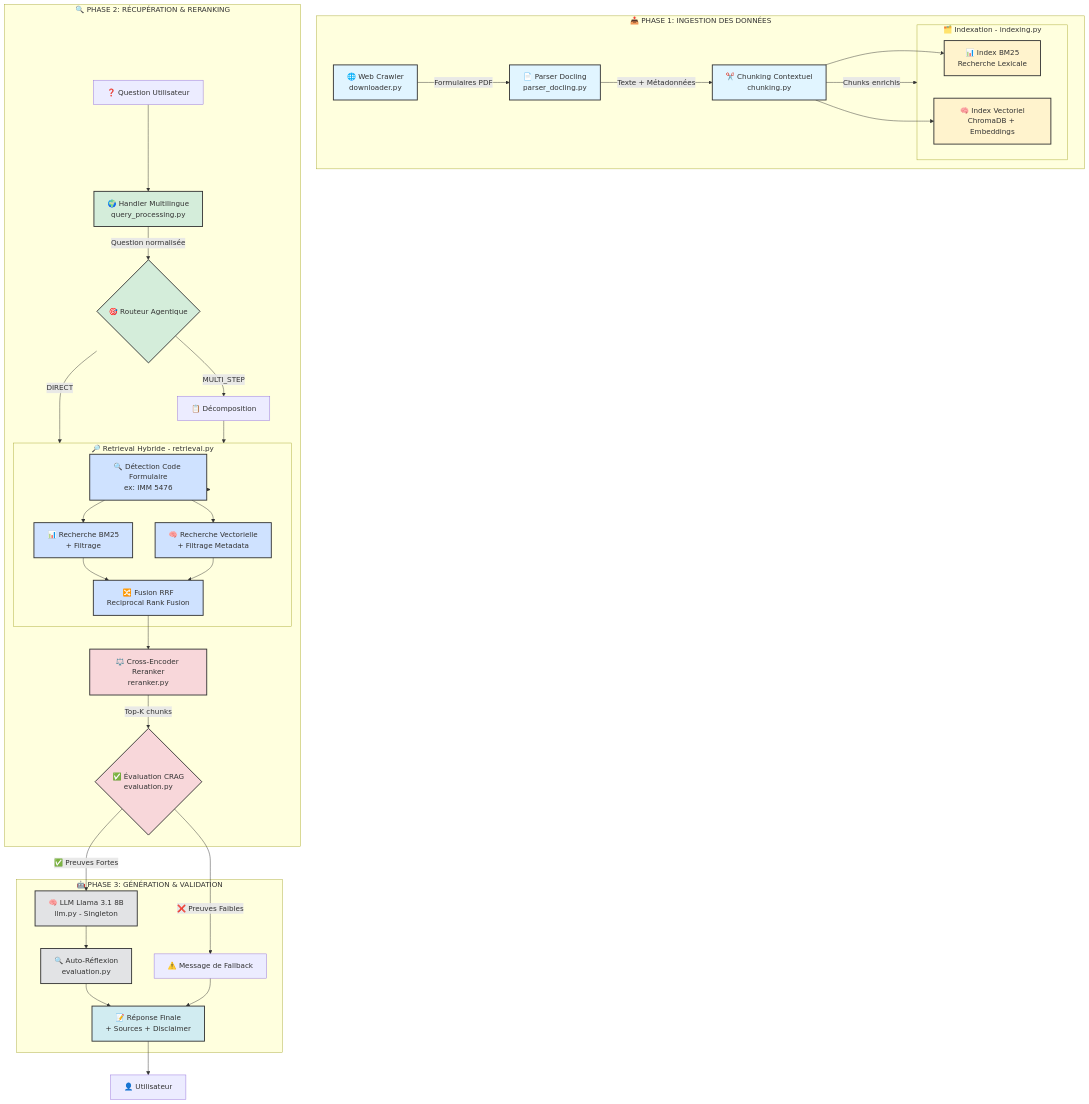
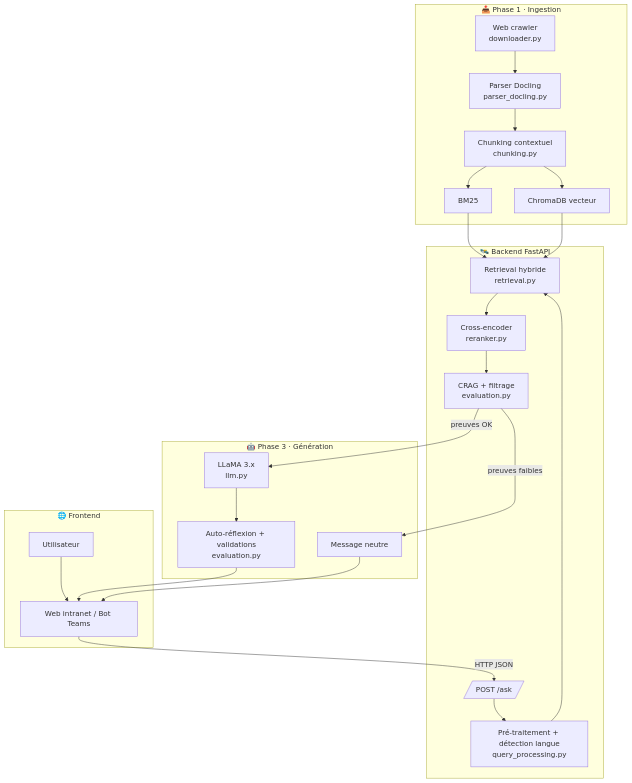
The diagram in README.md (abdelmajidlra/rag-formulaire), drawn with Mermaid before and after one commit. The commit also changed other lines of this file and 2 other files, not shown here.

Commit message:
Document LLaMA architecture and operations

````diff
--- a/README.md
+++ b/README.md
@@ -91,74 +91,31 @@
 ```mermaid
-graph TB
-    subgraph "📥 PHASE 1: INGESTION DES DONNÉES"
-        A[🌐 Web Crawler<br/>downloader.py] -->|Formulaires PDF| B[📄 Parser Docling<br/>parser_docling.py]
-        B -->|Texte + Métadonnées| C[✂️ Chunking Contextuel<br/>chunking.py]
-        C -->|Chunks enrichis| D[🗂️ Indexation]
-        
-        subgraph D[🗂️ Indexation - indexing.py]
-            D1[📊 Index BM25<br/>Recherche Lexicale]
-            D2[🧠 Index Vectoriel<br/>ChromaDB + Embeddings]
-        end
-        
-        C --> D1
-        C --> D2
+flowchart TD
+    subgraph Ingestion[📥 Phase 1 · Ingestion]
+        DL[Web crawler<br/>downloader.py] --> PD[Parser Docling<br/>parser_docling.py]
+        PD --> CH[Chunking contextuel<br/>chunking.py]
+        CH --> BM[BM25]
+        CH --> VE[ChromaDB vecteur]
     end
-    
-    subgraph "🔍 PHASE 2: RÉCUPÉRATION & RERANKING"
-        E[❓ Question Utilisateur] --> F[🌍 Handler Multilingue<br/>query_processing.py]
-        F -->|Question normalisée| G{🎯 Routeur Agentique}
-        
-        G -->|DIRECT| H[🔎 Retrieval Hybride]
-        G -->|MULTI_STEP| I[📋 Décomposition]
-        I --> H
-        
-        subgraph H[🔎 Retrieval Hybride - retrieval.py]
-            H1[🔍 Détection Code Formulaire<br/>ex: IMM 5476]
-            H2[📊 Recherche BM25<br/>+ Filtrage]
-            H3[🧠 Recherche Vectorielle<br/>+ Filtrage Metadata]
-            H4[🔀 Fusion RRF<br/>Reciprocal Rank Fusion]
-        end
-        
-        H --> H1
-        H1 --> H2
-        H1 --> H3
-        H2 --> H4
-        H3 --> H4
-        
-        H4 --> J[⚖️ Cross-Encoder Reranker<br/>reranker.py]
-        J -->|Top-K chunks| K{✅ Évaluation CRAG<br/>evaluation.py}
+
+    subgraph Front[🌐 Frontend]
+        User[Utilisateur] --> Portal[Web intranet / Bot Teams]
     end
-    
-    subgraph "🤖 PHASE 3: GÉNÉRATION & VALIDATION"
-        K -->|✅ Preuves Fortes| L[🧠 LLM Llama 3.1 8B<br/>llm.py - Singleton]
-        K -->|❌ Preuves Faibles| M[⚠️ Message de Fallback]
-        
-        L --> N[🔍 Auto-Réflexion<br/>evaluation.py]
-        N --> O[📝 Réponse Finale<br/>+ Sources + Disclaimer]
-        M --> O
+
+    subgraph API[🛰️ Backend FastAPI]
+        Portal -->|HTTP JSON| Ask[/POST /ask/]
+        Ask --> Prep[Pré-traitement + détection langue<br/>query_processing.py]
+        Prep --> Rt[Retrieval hybride<br/>retrieval.py]
+        Rt --> Rerank[Cross-encoder<br/>reranker.py]
+        Rerank --> Guard[CRAG + filtrage<br/>evaluation.py]
     end
-    
-    O --> P[👤 Utilisateur]
-    
-    style A fill:#e1f5ff
-    style B fill:#e1f5ff
-    style C fill:#e1f5ff
-    style D1 fill:#fff3cd
-    style D2 fill:#fff3cd
-    style F fill:#d4edda
-    style G fill:#d4edda
-    style H1 fill:#cfe2ff
-    style H2 fill:#cfe2ff
-    style H3 fill:#cfe2ff
-    style H4 fill:#cfe2ff
-    style J fill:#f8d7da
-    style K fill:#f8d7da
-    style L fill:#e2e3e5
-    style N fill:#e2e3e5
-    style O fill:#d1ecf1
-    
-    classDef phaseStyle stroke:#333,stroke-width:2px
-    class A,B,C,D1,D2 phaseStyle
-    class F,G,H1,H2,H3,H4,J,K phaseStyle
-    class L,N,O phaseStyle
+
+    subgraph Generation[🤖 Phase 3 · Génération]
+        Guard -->|preuves OK| LLM[LLaMA 3.x<br/>llm.py]
+        Guard -->|preuves faibles| Fallback[Message neutre]
+        LLM --> Reflexion[Auto-réflexion + validations<br/>evaluation.py]
+    end
+
+    BM & VE --> Rt
+    Reflexion --> Portal
+    Fallback --> Portal
 ```
````
